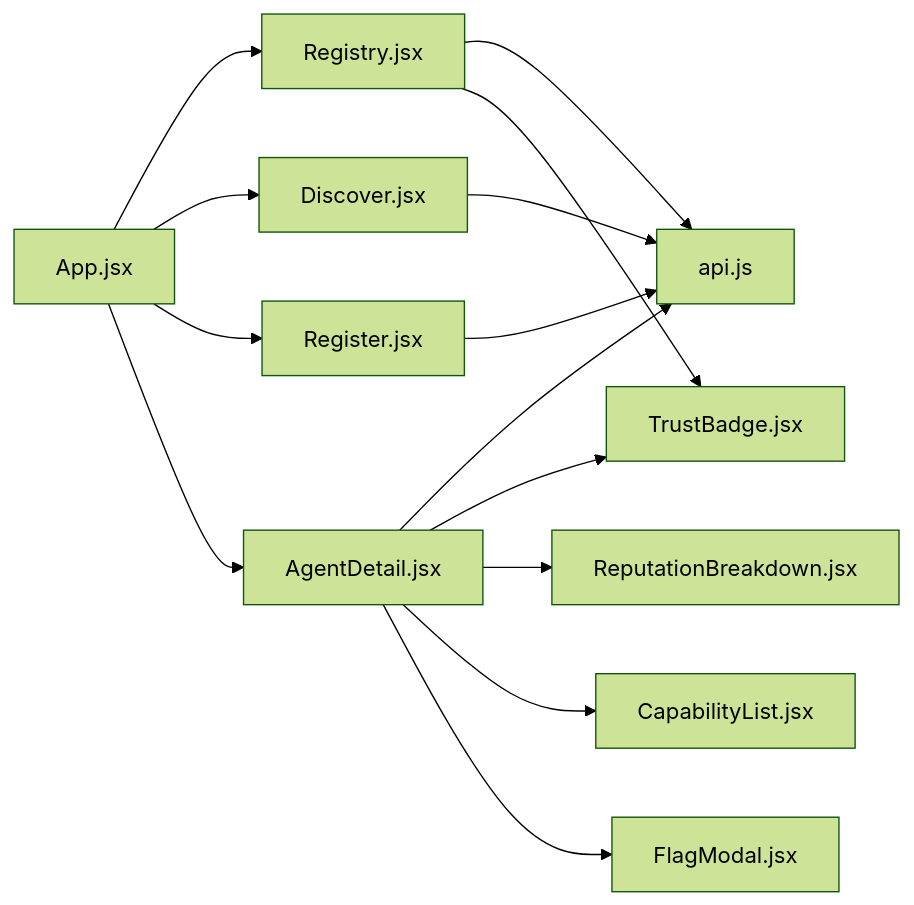
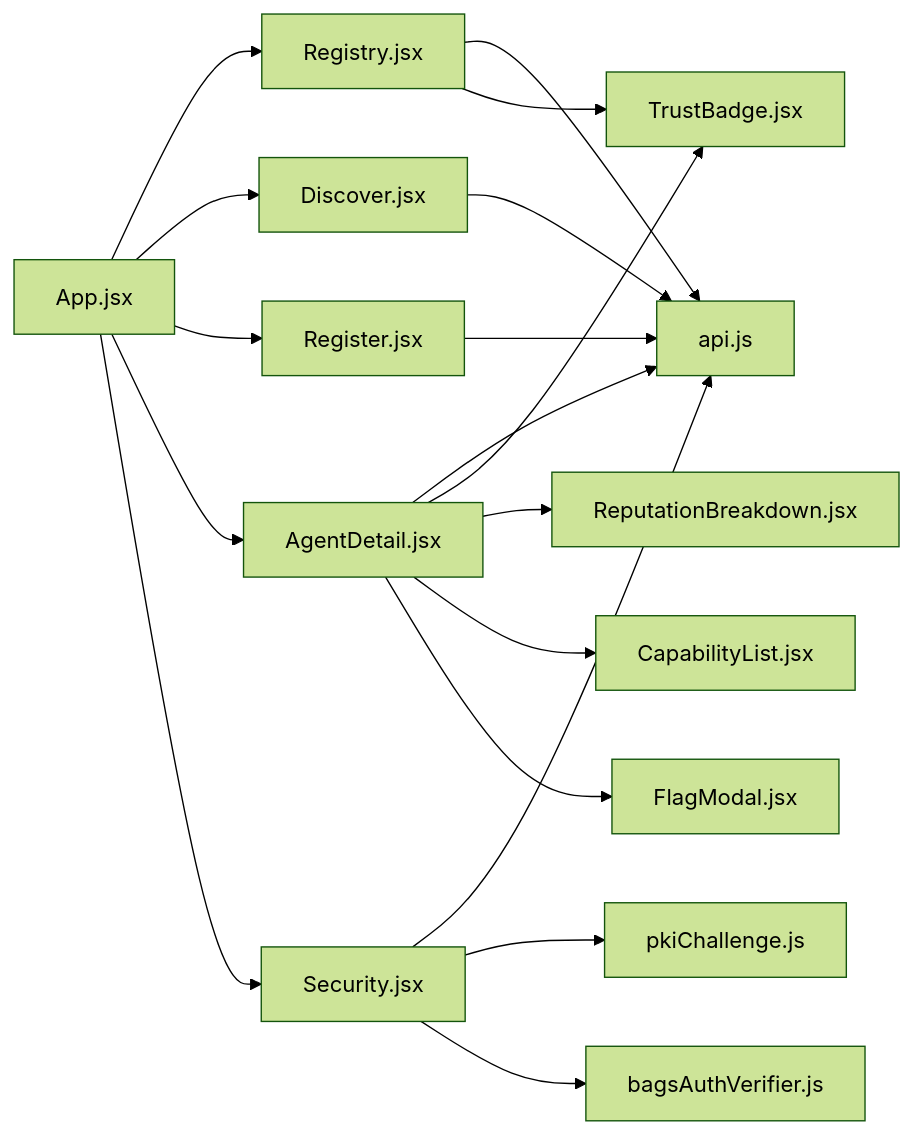
The eighth of 8 diagrams in .qoder/repowiki/en/content/Frontend Application/Page Components/Page Components.md (RunTimeAdmin/AgentID), drawn with Mermaid (forest theme) before and after one commit. The commit also changed other lines of this file and 6 other files, not shown here.

````diff
--- a/.qoder/repowiki/en/content/Frontend Application/Page Components/Page Components.md
+++ b/.qoder/repowiki/en/content/Frontend Application/Page Components/Page Components.md
@@ -376,16 +467,20 @@
 ```mermaid
 graph LR
 App["App.jsx"] --> Registry["Registry.jsx"]
 App --> Discover["Discover.jsx"]
 App --> Register["Register.jsx"]
 App --> AgentDetail["AgentDetail.jsx"]
+App --> Security["Security.jsx"]
 Registry --> API["api.js"]
 Discover --> API
 Register --> API
 AgentDetail --> API
+Security --> API
 AgentDetail --> TrustBadge["TrustBadge.jsx"]
 AgentDetail --> RepBreakdown["ReputationBreakdown.jsx"]
 AgentDetail --> CapList["CapabilityList.jsx"]
 AgentDetail --> FlagModal["FlagModal.jsx"]
 Registry --> TrustBadge
+Security --> PKIService["pkiChallenge.js"]
+Security --> BagsService["bagsAuthVerifier.js"]
 ```
````
